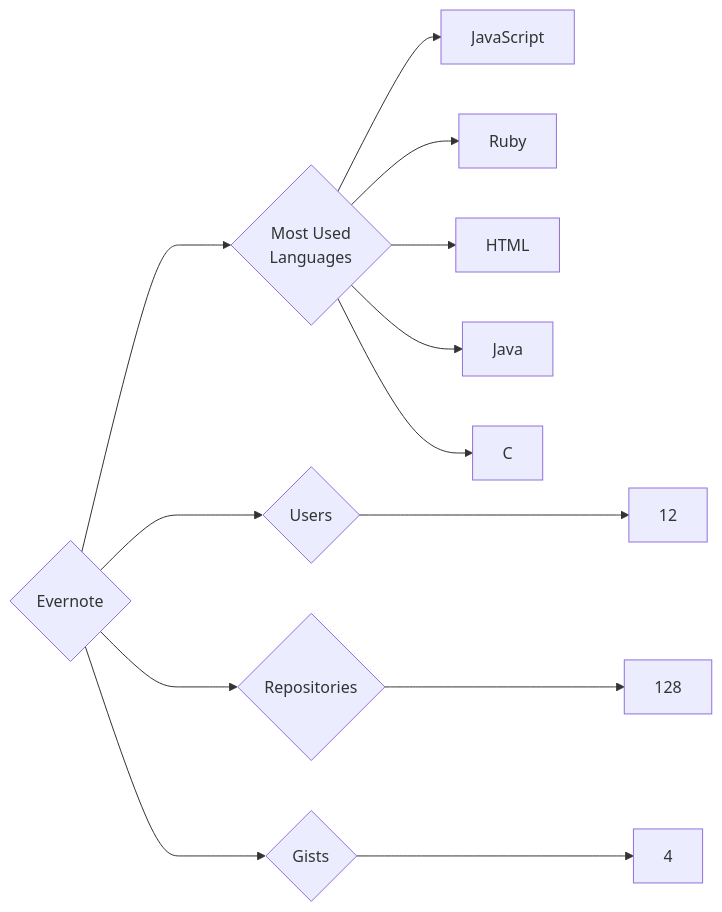
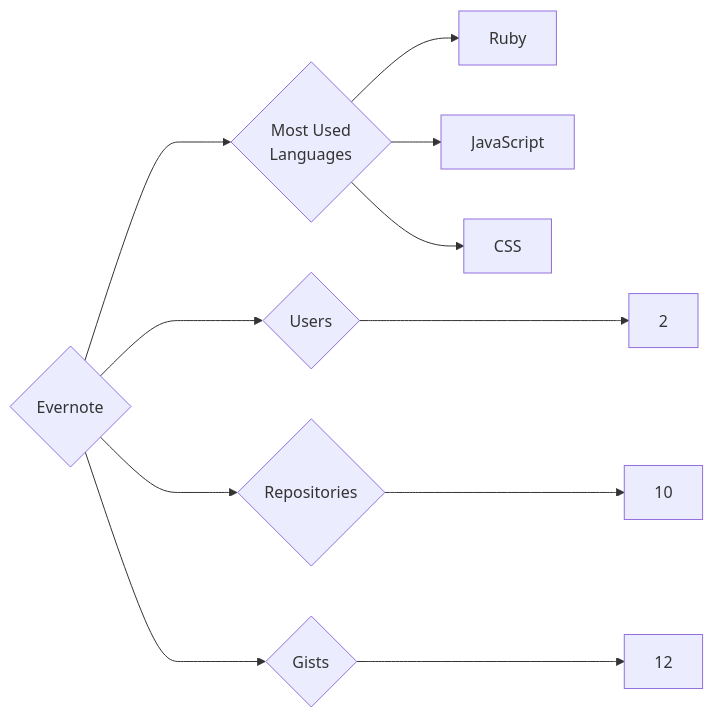
Before and after one commit to trickest/insiders: the diagram in targets/Evernote/README.md, drawn with Mermaid. The commit also changed 1212 other files, not shown here.

````diff
--- a/targets/Evernote/README.md
+++ b/targets/Evernote/README.md
@@ -3,13 +3,11 @@
 ```mermaid
 graph LR
 COMPANY_NAME{Evernote}
-COMPANY_NAME ---> U{Users} ---> UN[12]
-COMPANY_NAME ---> R{Repositories} ---> RN[128]
-COMPANY_NAME ---> G{Gists} ---> GN[4]
+COMPANY_NAME ---> U{Users} ---> UN[2]
+COMPANY_NAME ---> R{Repositories} ---> RN[10]
+COMPANY_NAME ---> G{Gists} ---> GN[12]
 COMPANY_NAME ---> ML{Most Used<br>Languages}
+ML --> Ruby[Ruby]
 ML --> JavaScript[JavaScript]
-ML --> Ruby[Ruby]
-ML --> HTML[HTML]
-ML --> Java[Java]
-ML --> C[C]
+ML --> CSS[CSS]
 ```
````
